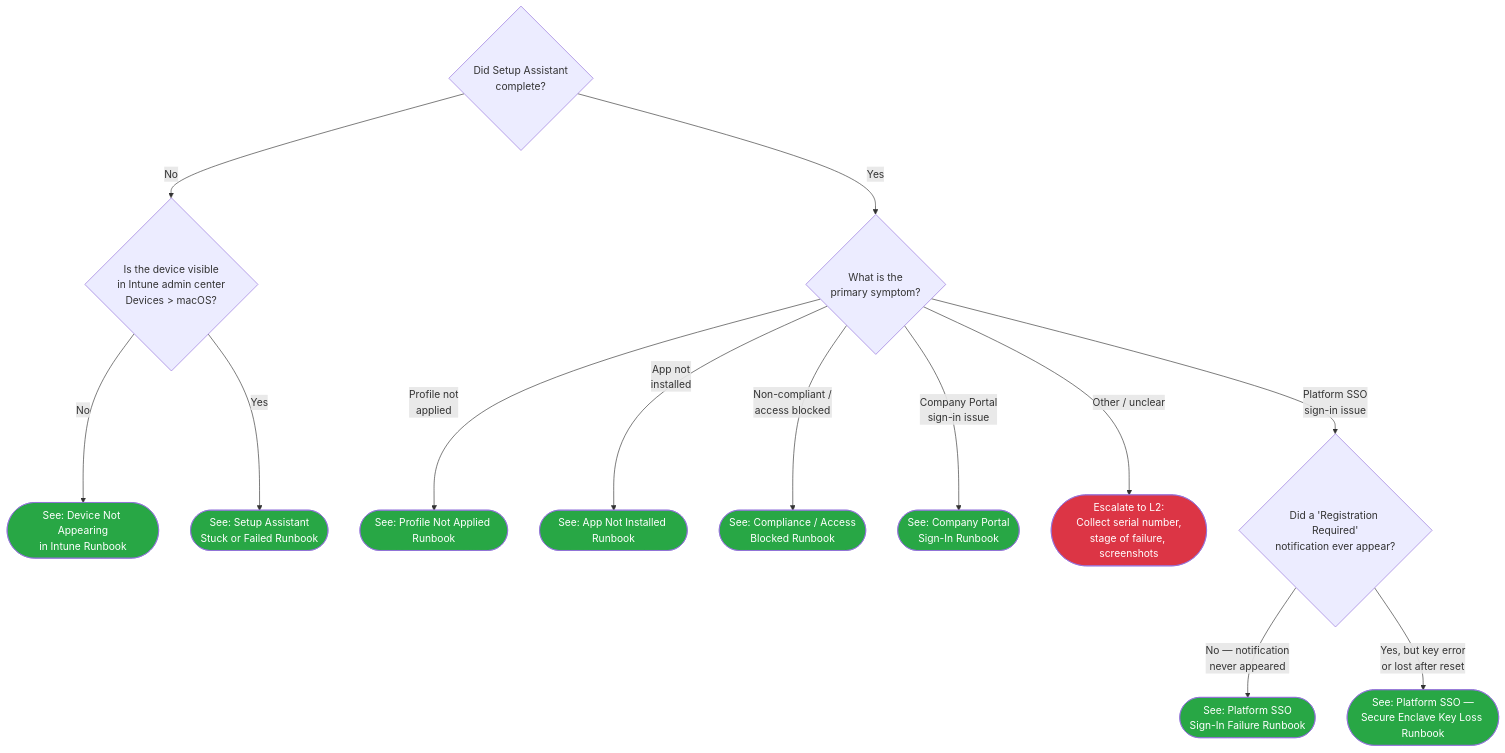
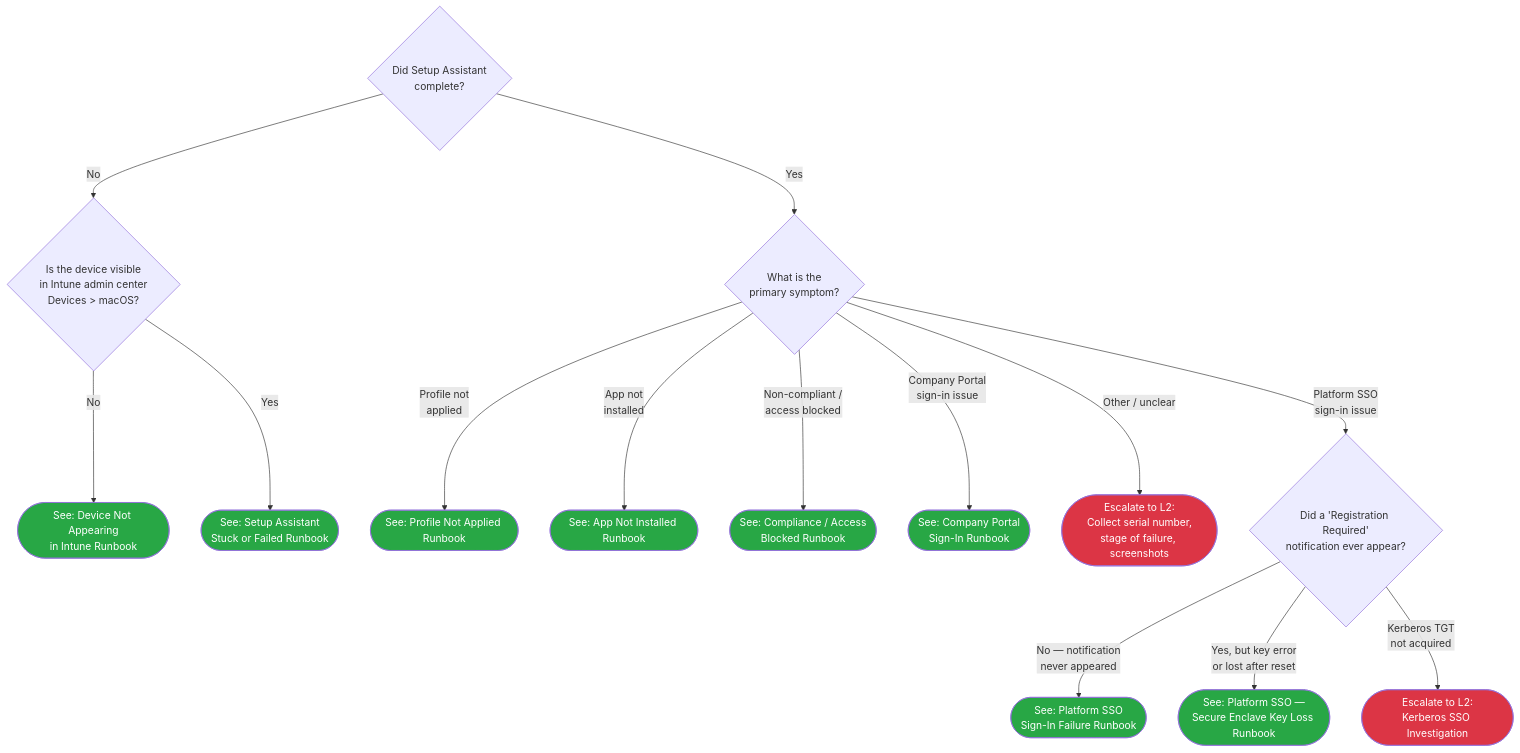
One commit to Schweinehund/Autopilot changed the diagram in docs/decision-trees/06-macos-triage.md. Above: the diagram before and after it, drawn with Mermaid. The commit also changed other lines of this file, not shown here.

Commit message:
docs(87-02): add MACE2 red Kerberos leaf under MACSSO in 06-macos-triage.md (D-06/D-07)
- Added third arm under MACSSO diamond: MACSSO -->|"Kerberos TGT<br/>not acquired"| MACE2
- Added click MACE2 directive targeting ../l2-runbooks/28-macos-kerberos-sso-investigation.md
- Extended class assignment from MACE1 to MACE1,MACE2 escalateL2 (RED); MACR7/MACR8 resolved unchanged
- classDef lines unchanged; no new MAC3 branch added; routing stays within 3-edge budget
- Appended Kerberos SSO TGT not acquired row to Routing Verification table
- Added 2026-06-24 Phase 87 (REF-03) Version History stamp (newest-first)

````diff
--- a/docs/decision-trees/06-macos-triage.md
+++ b/docs/decision-trees/06-macos-triage.md
@@ -29,33 +29,35 @@
 ```mermaid
 graph TD
     MAC1{"Did Setup Assistant<br/>complete?"}
     MAC1 -->|No| MAC2{"Is the device visible<br/>in Intune admin center<br/>Devices &gt; macOS?"}
     MAC1 -->|Yes| MAC3{"What is the<br/>primary symptom?"}
 
     MAC2 -->|No| MACR1(["See: Device Not Appearing<br/>in Intune Runbook"])
     MAC2 -->|Yes| MACR2(["See: Setup Assistant<br/>Stuck or Failed Runbook"])
 
     MAC3 -->|"Profile not<br/>applied"| MACR3(["See: Profile Not Applied Runbook"])
     MAC3 -->|"App not<br/>installed"| MACR4(["See: App Not Installed Runbook"])
     MAC3 -->|"Non-compliant /<br/>access blocked"| MACR5(["See: Compliance / Access<br/>Blocked Runbook"])
     MAC3 -->|"Company Portal<br/>sign-in issue"| MACR6(["See: Company Portal<br/>Sign-In Runbook"])
     MAC3 -->|"Other / unclear"| MACE1(["Escalate to L2:<br/>Collect serial number,<br/>stage of failure, screenshots"])
     MAC3 -->|"Platform SSO<br/>sign-in issue"| MACSSO{"Did a 'Registration Required'<br/>notification ever appear?"}
     MACSSO -->|"No — notification<br/>never appeared"| MACR7(["See: Platform SSO<br/>Sign-In Failure Runbook"])
     MACSSO -->|"Yes, but key error<br/>or lost after reset"| MACR8(["See: Platform SSO —<br/>Secure Enclave Key Loss Runbook"])
+    MACSSO -->|"Kerberos TGT<br/>not acquired"| MACE2(["Escalate to L2:<br/>Kerberos SSO Investigation"])
 
     click MACR1 "../l1-runbooks/10-macos-device-not-appearing.md"
     click MACR2 "../l1-runbooks/11-macos-setup-assistant-failed.md"
     click MACR3 "../l1-runbooks/12-macos-profile-not-applied.md"
     click MACR4 "../l1-runbooks/13-macos-app-not-installed.md"
     click MACR5 "../l1-runbooks/14-macos-compliance-access-blocked.md"
     click MACR6 "../l1-runbooks/15-macos-company-portal-sign-in.md"
     click MACR7 "../l1-runbooks/35-macos-sso-sign-in-failure.md"
     click MACR8 "../l1-runbooks/36-macos-secure-enclave-key.md"
+    click MACE2 "../l2-runbooks/28-macos-kerberos-sso-investigation.md"
 
     classDef resolved fill:#28a745,color:#fff
     classDef escalateL2 fill:#dc3545,color:#fff
     class MACR1,MACR2,MACR3,MACR4,MACR5,MACR6 resolved
     class MACR7,MACR8 resolved
-    class MACE1 escalateL2
+    class MACE1,MACE2 escalateL2
 ```
````
